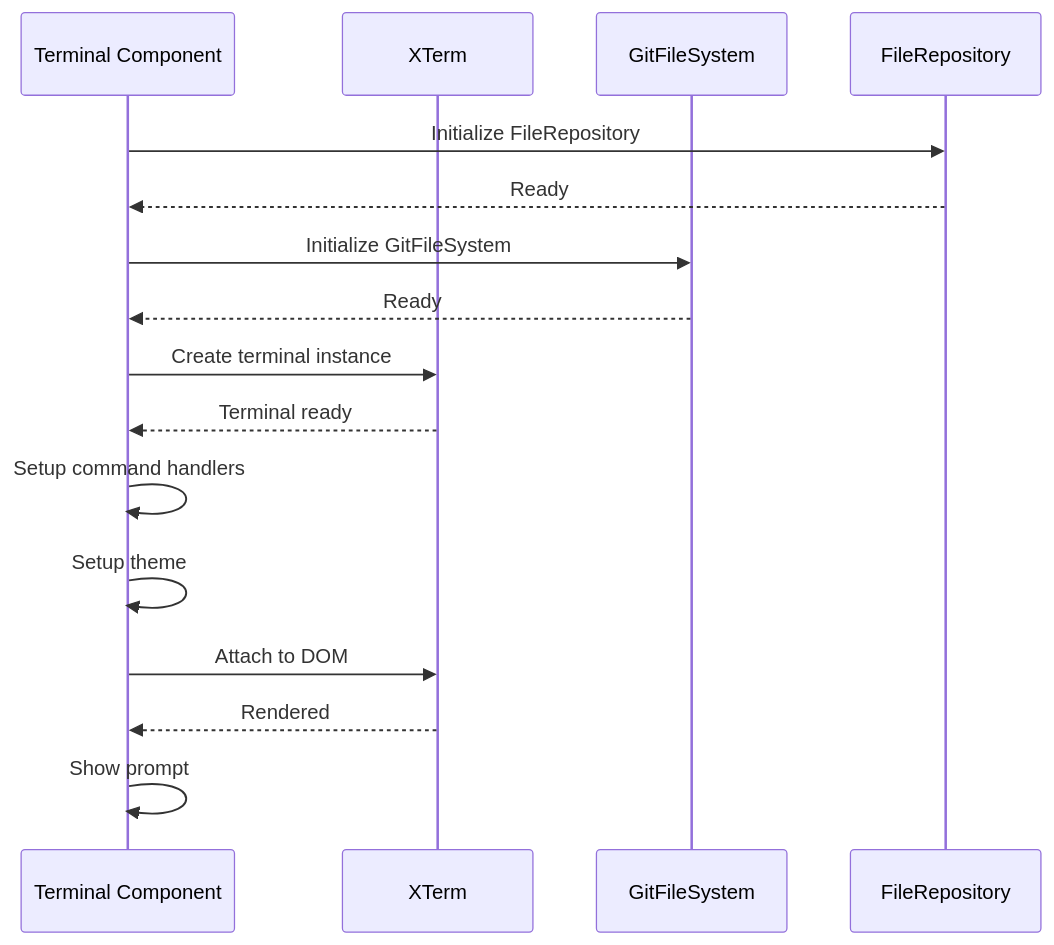
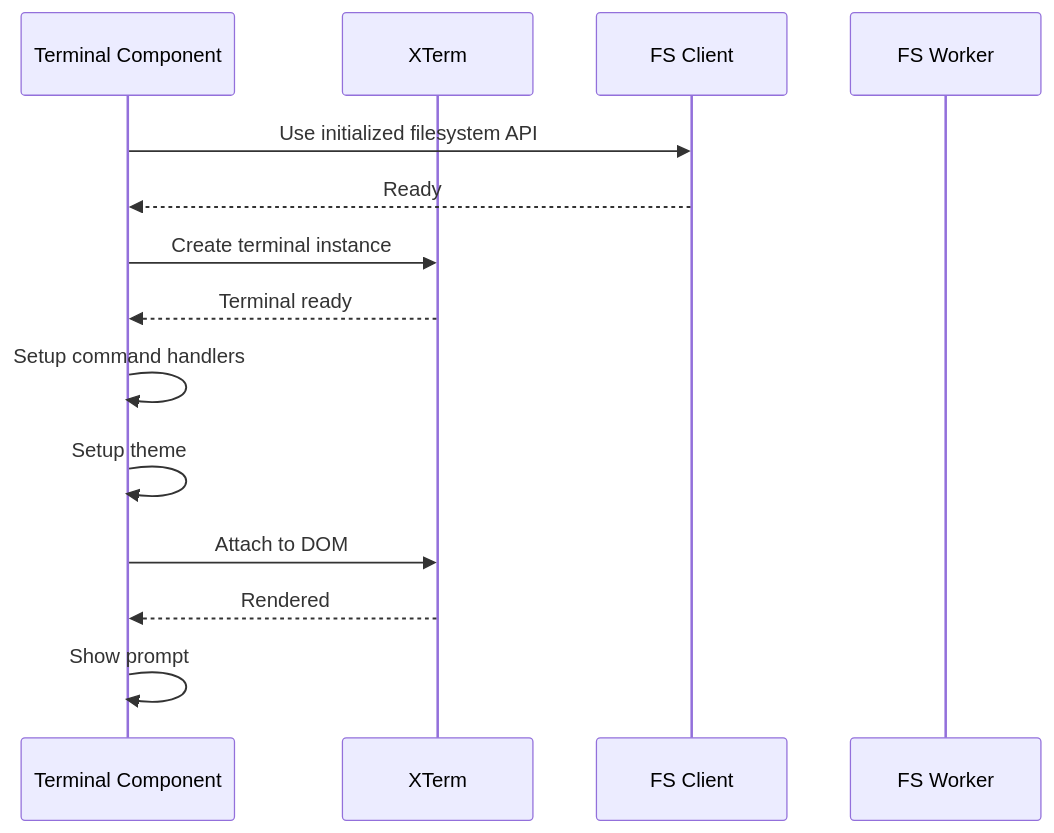
Diagram 12 of 25 in docs/UI-COMPONENTS.md (Stasshe/Pyxis-CodeCanvas), drawn with Mermaid before and after one commit. The commit also changed other lines of this file and 330 other files, not shown here.

````diff
--- a/docs/UI-COMPONENTS.md
+++ b/docs/UI-COMPONENTS.md
@@ -404,20 +404,18 @@
 ```mermaid
 sequenceDiagram
     participant COMP as Terminal Component
     participant XTERM as XTerm
-    participant FS as GitFileSystem
-    participant REPO as FileRepository
+    participant CLIENT as FS Client
+    participant WORKER as FS Worker
 
-    COMP->>REPO: Initialize FileRepository
-    REPO-->>COMP: Ready
-    COMP->>FS: Initialize GitFileSystem
-    FS-->>COMP: Ready
+    COMP->>CLIENT: Use initialized filesystem API
+    CLIENT-->>COMP: Ready
     
     COMP->>XTERM: Create terminal instance
     XTERM-->>COMP: Terminal ready
     COMP->>COMP: Setup command handlers
     COMP->>COMP: Setup theme
     COMP->>XTERM: Attach to DOM
     XTERM-->>COMP: Rendered
     COMP->>COMP: Show prompt
 ```
````
